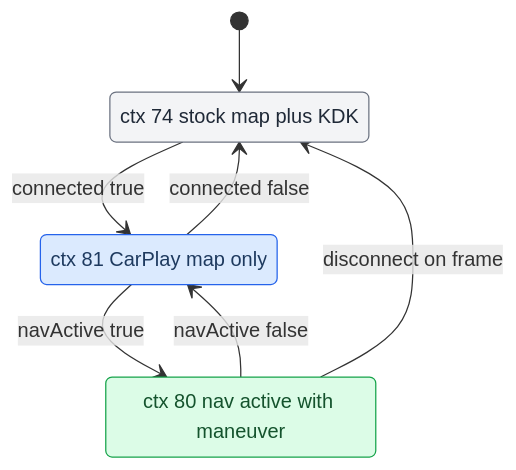
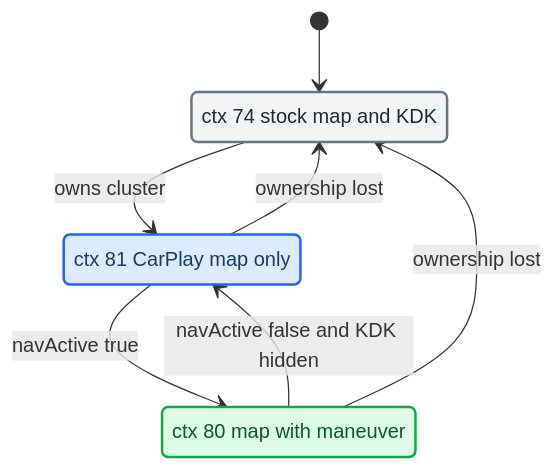
One commit to luka-dev/mib2q-carplay-rgi changed the diagram in docs-obsidian/Cluster and RGI/Cluster Contexts.md. Above: the diagram before and after it, drawn with Mermaid. The commit also changed other lines of this file and 43 other files, not shown here.

````diff
--- a/docs-obsidian/Cluster and RGI/Cluster Contexts.md
+++ b/docs-obsidian/Cluster and RGI/Cluster Contexts.md
@@ -51,20 +60,20 @@
 ```mermaid
 stateDiagram-v2
   accTitle: CarPlay cluster context transitions
-  accDescr: How connected and navActive select stock context 74, map context 81, or nav context 80.
+  accDescr: How cluster ownership and navActive select stock context 74, map context 81, or nav context 80.
   [*] --> ctx_74_stock
-  ctx_74_stock: ctx 74 stock map plus KDK
+  ctx_74_stock: ctx 74 stock map and KDK
   ctx_81_map: ctx 81 CarPlay map only
-  ctx_80_nav: ctx 80 nav active with maneuver
-  ctx_74_stock --> ctx_81_map: connected true
+  ctx_80_nav: ctx 80 map with maneuver
+  ctx_74_stock --> ctx_81_map: owns cluster
   ctx_81_map --> ctx_80_nav: navActive true
-  ctx_80_nav --> ctx_81_map: navActive false
-  ctx_81_map --> ctx_74_stock: connected false
-  ctx_80_nav --> ctx_74_stock: disconnect on frame
+  ctx_80_nav --> ctx_81_map: navActive false and KDK hidden
+  ctx_81_map --> ctx_74_stock: ownership lost
+  ctx_80_nav --> ctx_74_stock: ownership lost
+  classDef primary fill:#dbeafe,stroke:#2563eb,stroke-width:2px,color:#1e3a5f
+  classDef success fill:#dcfce7,stroke:#16a34a,stroke-width:2px,color:#14532d
+  classDef neutral fill:#f3f4f6,stroke:#6b7280,stroke-width:2px,color:#1f2937
   class ctx_74_stock neutral
   class ctx_81_map primary
   class ctx_80_nav success
-  classDef primary fill:#dbeafe,stroke:#2563eb,color:#1e3a5f
-  classDef success fill:#dcfce7,stroke:#16a34a,color:#14532d
-  classDef neutral fill:#f3f4f6,stroke:#6b7280,color:#1f2937
 ```
````
